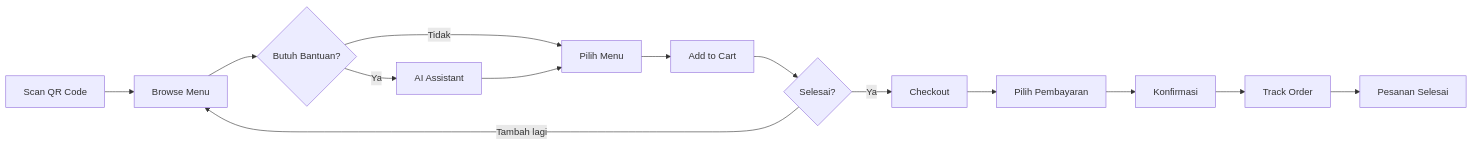
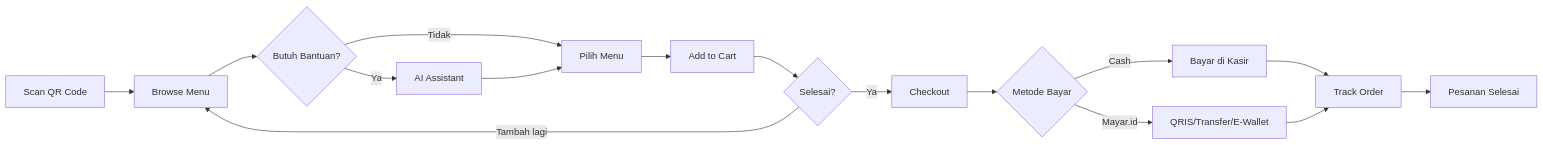
One commit to mocharil/savora changed the third of 9 diagrams in README.md. Above: the diagram before and after it, drawn with Mermaid. The commit also changed other lines of this file and 3 other files, not shown here.

````diff
--- a/README.md
+++ b/README.md
@@ -245,16 +264,18 @@
 ```mermaid
 flowchart LR
     A[Scan QR Code] --> B[Browse Menu]
     B --> C{Butuh Bantuan?}
     C -->|Ya| D[AI Assistant]
     C -->|Tidak| E[Pilih Menu]
     D --> E
     E --> F[Add to Cart]
     F --> G{Selesai?}
     G -->|Tambah lagi| B
     G -->|Ya| H[Checkout]
-    H --> I[Pilih Pembayaran]
-    I --> J[Konfirmasi]
-    J --> K[Track Order]
+    H --> I{Metode Bayar}
+    I -->|Cash| J1[Bayar di Kasir]
+    I -->|Mayar.id| J2[QRIS/Transfer/E-Wallet]
+    J1 --> K[Track Order]
+    J2 --> K
     K --> L[Pesanan Selesai]
 ```
````
